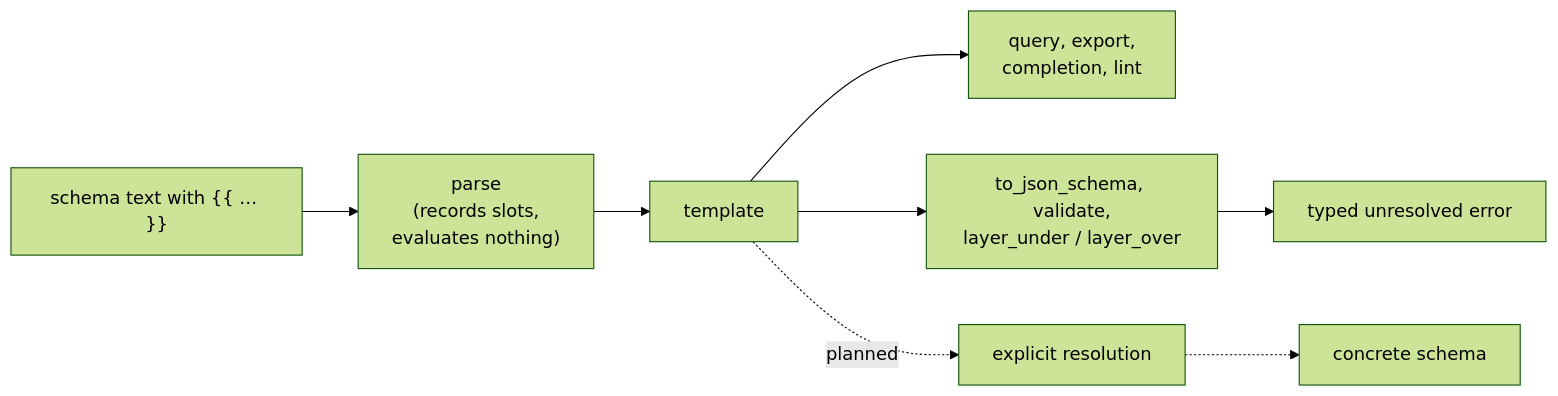
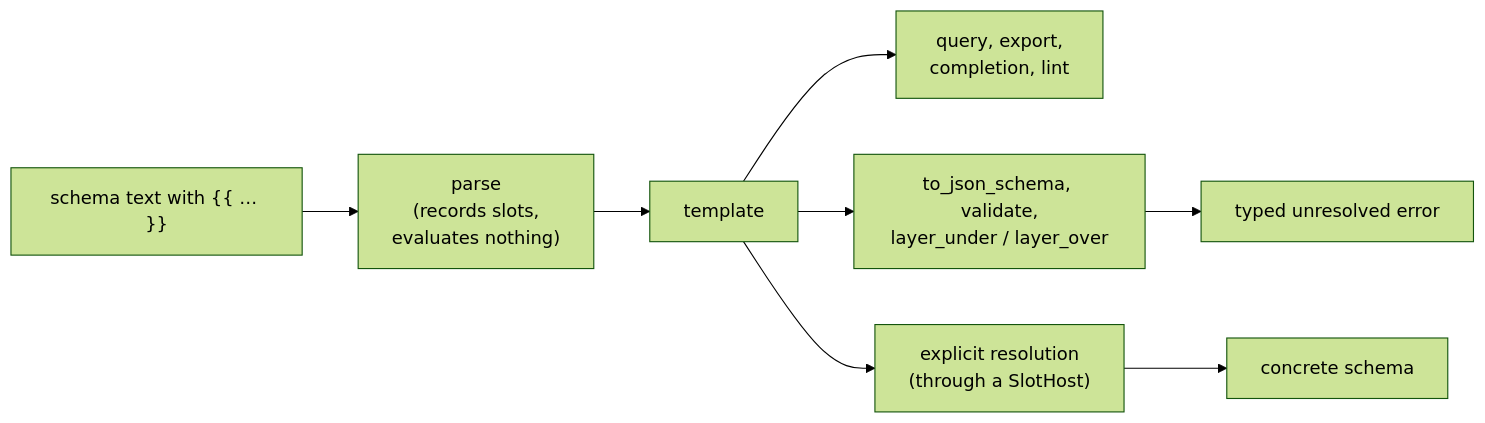
The first of 2 diagrams in simplified-schema/docs/topics/language/slots.md (yankeeinlondon/rusty-biscuit), drawn with Mermaid (forest theme) before and after one commit. The commit also changed other lines of this file and 16 other files, not shown here.

First line of the commit message:
docs: document dynamic schema slots and evaluation

````diff
--- a/simplified-schema/docs/topics/language/slots.md
+++ b/simplified-schema/docs/topics/language/slots.md
@@ -73,9 +74,9 @@
 ```mermaid
 flowchart LR
     text["schema text with {{ … }}"] --> parse["parse<br/>(records slots,<br/>evaluates nothing)"]
     parse --> template["template"]
     template --> inspect["query, export,<br/>completion, lint"]
     template --> lower["to_json_schema, validate,<br/>layer_under / layer_over"]
     lower --> unresolved["typed unresolved error"]
-    template -. planned .-> resolve["explicit resolution"] -.-> concrete["concrete schema"]
+    template --> resolve["explicit resolution<br/>(through a SlotHost)"] --> concrete["concrete schema"]
 ```
````
